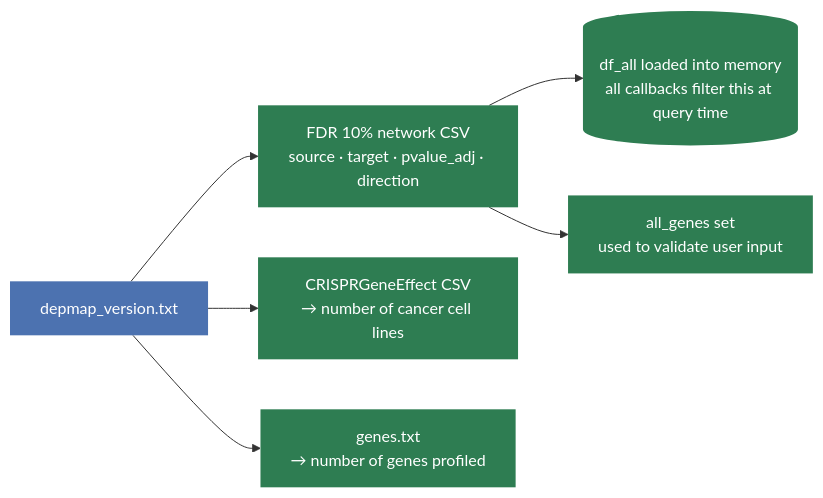
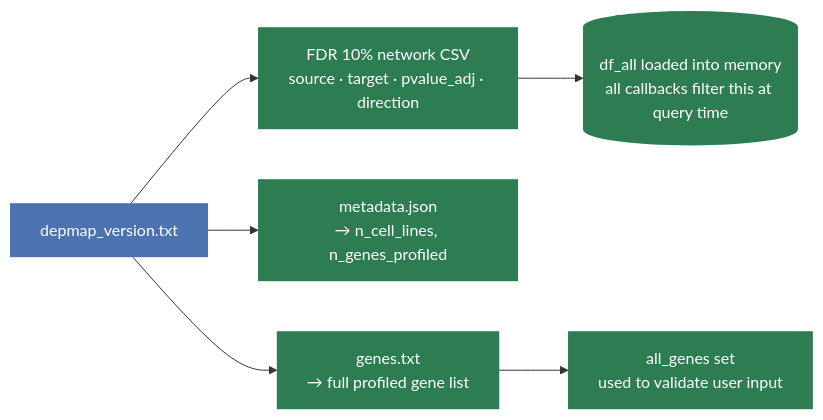
Before and after one commit to EMBL-EBI-ABC/PerturbationCatalogue: the first of 3 diagrams in coessentiality_feature/documentation/gene_list_workflow.md, drawn with Mermaid. The commit also changed other lines of this file and 3 other files, not shown here.

````diff
--- a/coessentiality_feature/documentation/gene_list_workflow.md
+++ b/coessentiality_feature/documentation/gene_list_workflow.md
@@ -11,12 +11,12 @@
 ```mermaid
 flowchart LR
 
 classDef file  fill:#4C72B0,color:#fff,stroke:none
 classDef data  fill:#2E7D52,color:#fff,stroke:none
 
 A[depmap_version.txt]:::file --> B[FDR 10% network CSV\nsource · target · pvalue_adj · direction]:::data
-A --> C[CRISPRGeneEffect CSV\n→ number of cancer cell lines]:::data
-A --> D[genes.txt\n→ number of genes profiled]:::data
+A --> C[metadata.json\n→ n_cell_lines, n_genes_profiled]:::data
+A --> D[genes.txt\n→ full profiled gene list]:::data
 B --> E[(df_all loaded into memory\nall callbacks filter this at query time)]:::data
-B --> F[all_genes set\nused to validate user input]:::data
+D --> F[all_genes set\nused to validate user input]:::data
 ```
````
